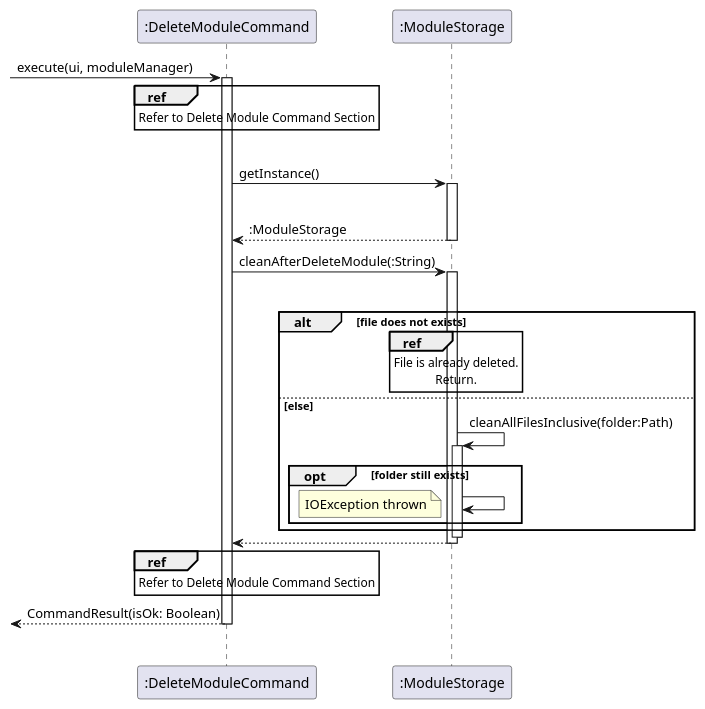
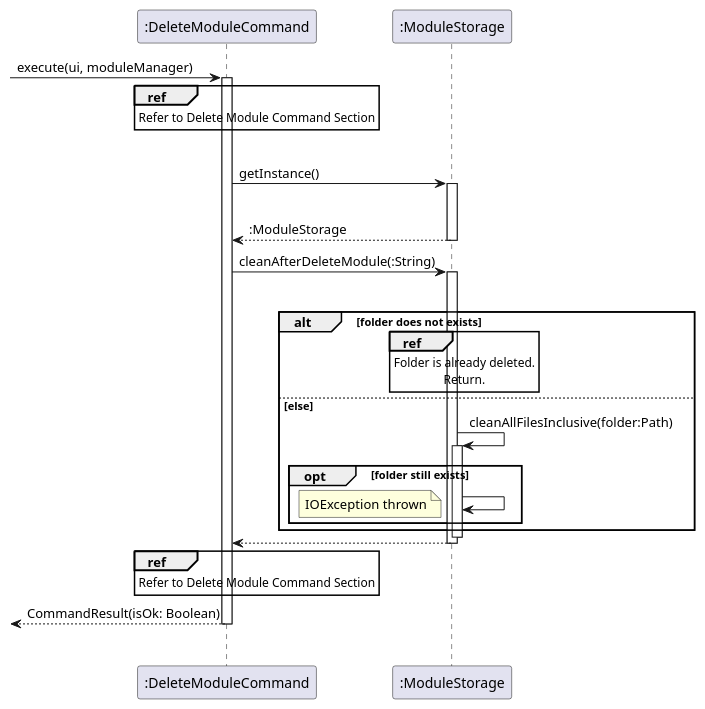
One commit to AY2122S1-CS2113T-T10-2/tp changed the diagram in docs/uml/storage/DeleteModuleCommand_Storage_SequenceDiagram.puml. Above: the diagram before and after it, drawn with PlantUML. The commit also changed 2 other files, not shown here.

Commit message:
Add terminus load file sequence UML and addNote storagre UML diagram

```diff
--- a/docs/uml/storage/DeleteModuleCommand_Storage_SequenceDiagram.puml
+++ b/docs/uml/storage/DeleteModuleCommand_Storage_SequenceDiagram.puml
@@ -1,48 +1,48 @@
 @startuml
 'https://plantuml.com/sequence-diagram
 
 participant ":DeleteModuleCommand" as DeleteModuleCommand
 participant ":ModuleStorage" as ModuleStorage
 
 -> DeleteModuleCommand : execute(ui, moduleManager)
 activate DeleteModuleCommand
   ref over DeleteModuleCommand
     Refer to Delete Module Command Section
   end
     |||
   DeleteModuleCommand -> ModuleStorage : getInstance()
   activate ModuleStorage
     |||
     return :ModuleStorage
   DeleteModuleCommand -> ModuleStorage : cleanAfterDeleteModule(:String)
   activate ModuleStorage
     |||
-    alt file does not exists
+    alt folder does not exists
       ref over ModuleStorage
-        File is already deleted.
+        Folder is already deleted.
         Return.
       end
     else else
       ModuleStorage -> ModuleStorage : cleanAllFilesInclusive(folder:Path)
       activate ModuleStorage
       opt folder still exists
         ModuleStorage -> ModuleStorage
         note left: IOException thrown
       end
     end
   Deactivate ModuleStorage
   return
 
 
   ref over DeleteModuleCommand
     Refer to Delete Module Command Section
   end
 return CommandResult(isOk: Boolean)
 Deactivate DeleteModuleCommand
 |||
 
 
 
 
 
 @enduml
```
